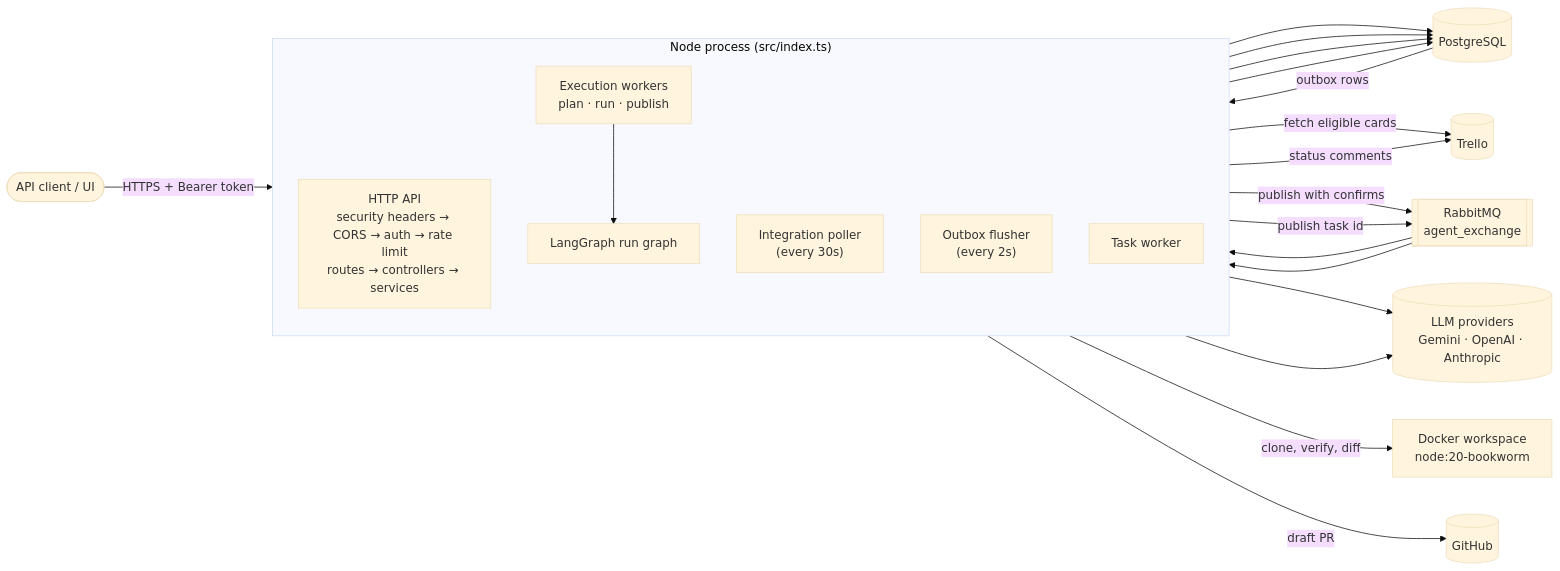
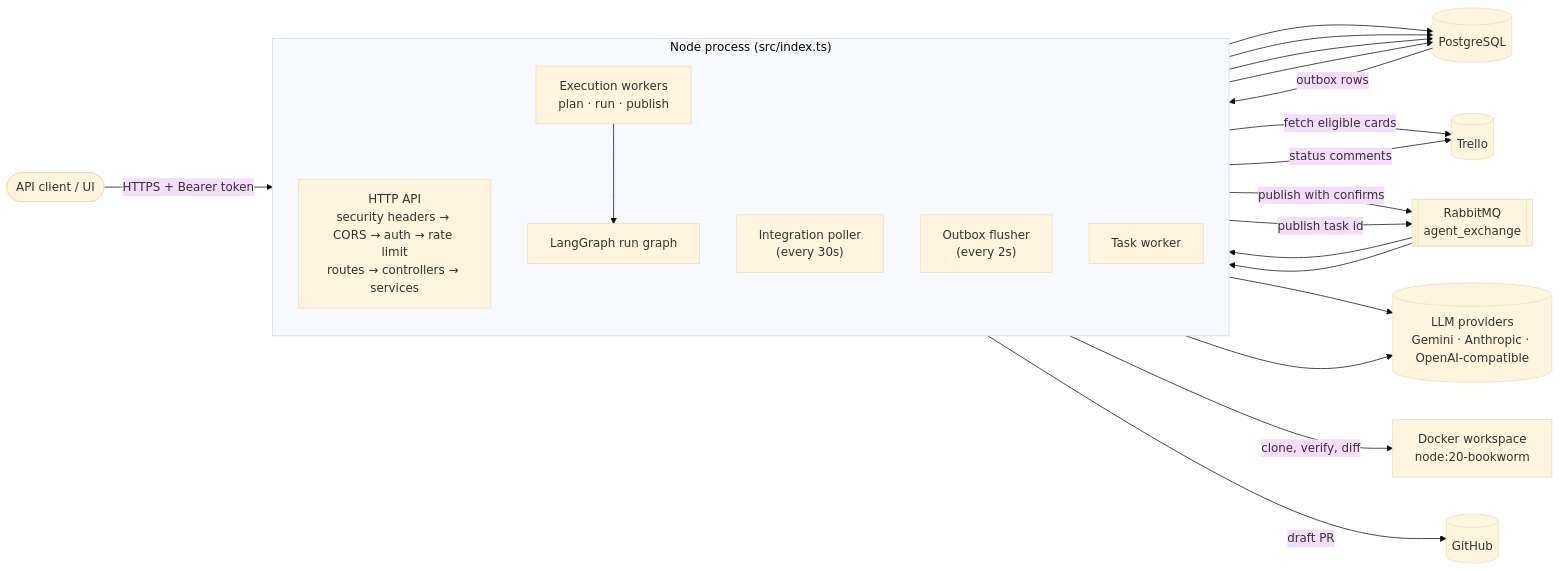
Before and after one commit to zack10/agent-orchestration-app-backend: the first of 7 diagrams in README.md, drawn with Mermaid (base theme). The commit also changed other lines of this file and 14 other files, not shown here.

First line of the commit message:
feat(llm): provider registry with configurable OpenAI-compatible providers

````diff
--- a/README.md
+++ b/README.md
@@ -61,39 +61,39 @@
 ```mermaid
 flowchart LR
     client(["API client / UI"])
     trello[("Trello")]
     github[("GitHub")]
-    llm[("LLM providers<br/>Gemini · OpenAI · Anthropic")]
+    llm[("LLM providers<br/>Gemini · Anthropic · OpenAI-compatible")]
 
     subgraph app["Node process (src/index.ts)"]
         direction TB
         api["HTTP API<br/>security headers → CORS → auth → rate limit<br/>routes → controllers → services"]
         poller["Integration poller<br/>(every 30s)"]
         outbox["Outbox flusher<br/>(every 2s)"]
         workers["Execution workers<br/>plan · run · publish"]
         taskworker["Task worker"]
         rungraph["LangGraph run graph"]
     end
 
     pg[("PostgreSQL")]
     mq[["RabbitMQ<br/>agent_exchange"]]
     docker["Docker workspace<br/>node:20-bookworm"]
 
     client -->|HTTPS + Bearer token| api
     api --> pg
     poller -->|fetch eligible cards| trello
     poller --> pg
     pg -->|outbox rows| outbox
     outbox -->|publish with confirms| mq
     mq --> workers
     mq --> taskworker
     api -->|publish task id| mq
     workers --> rungraph
     rungraph --> llm
     rungraph -->|clone, verify, diff| docker
     workers -->|draft PR| github
     workers -->|status comments| trello
     taskworker --> llm
     workers --> pg
     taskworker --> pg
 ```
````
